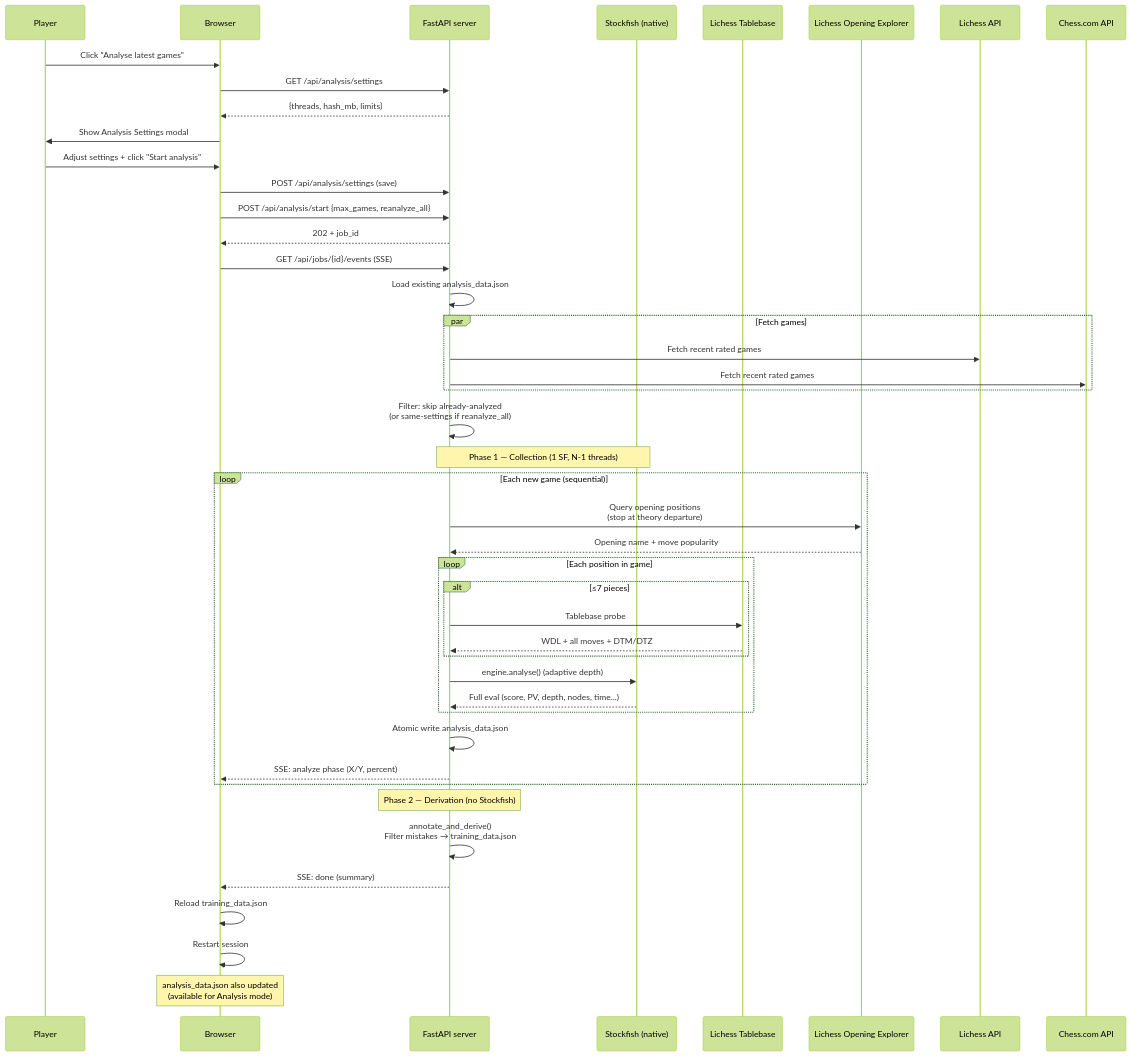
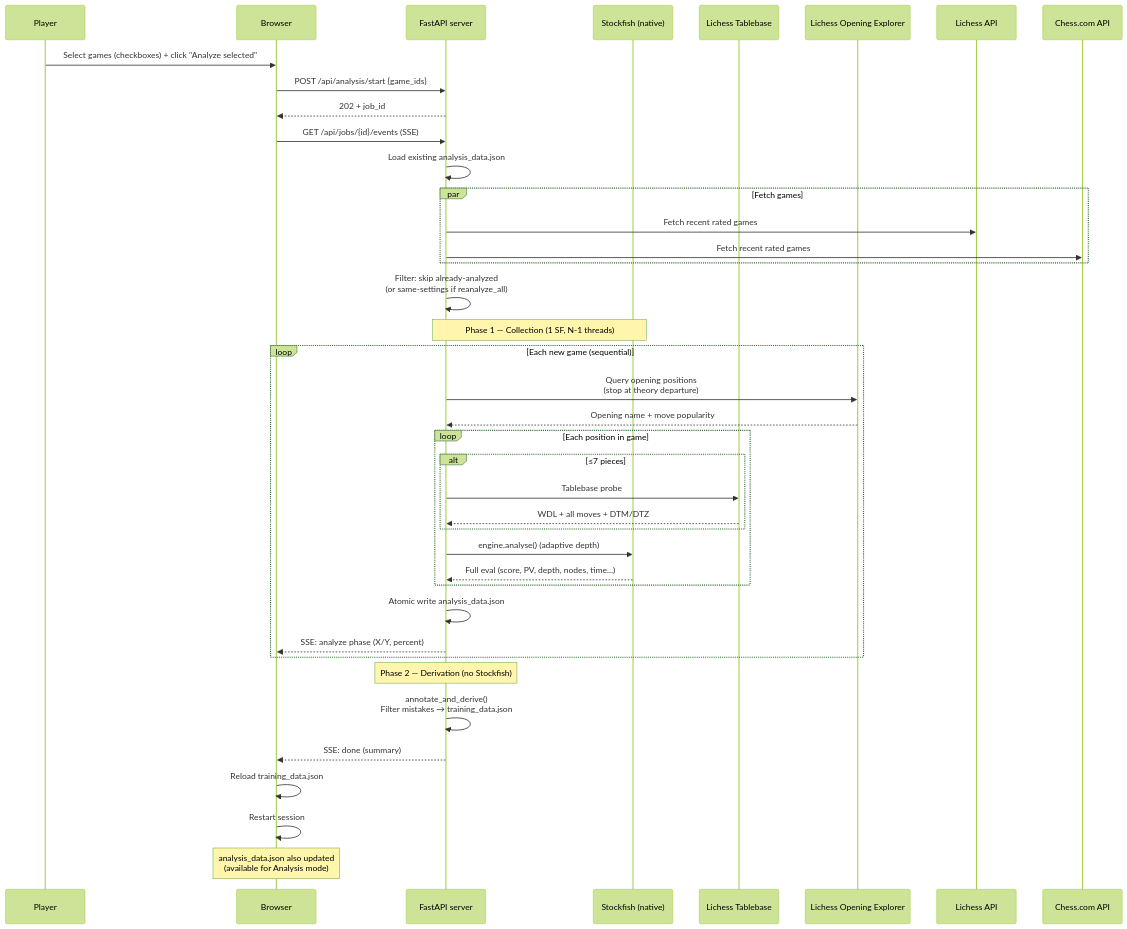
One commit to Bobain/chess-opening-prep changed the third of 5 diagrams in docs/flows/user-flows.md. Above: the diagram before and after it, drawn with Mermaid (forest theme). The commit also changed other lines of this file and 4 other files, not shown here.

````diff
--- a/docs/flows/user-flows.md
+++ b/docs/flows/user-flows.md
@@ -102,58 +102,52 @@
 ```mermaid
 sequenceDiagram
     participant U as Player
     participant PWA as Browser
     participant API as FastAPI server
     participant SF as Stockfish (native)
     participant TB as Lichess Tablebase
     participant OE as Lichess Opening Explorer
     participant L as Lichess API
     participant C as Chess.com API
 
-    U->>PWA: Click "Analyse latest games"
-    PWA->>API: GET /api/analysis/settings
-    API-->>PWA: {threads, hash_mb, limits}
-    PWA->>U: Show Analysis Settings modal
-
-    U->>PWA: Adjust settings + click "Start analysis"
-    PWA->>API: POST /api/analysis/settings (save)
-    PWA->>API: POST /api/analysis/start {max_games, reanalyze_all}
+    U->>PWA: Select games (checkboxes) + click "Analyze selected"
+    PWA->>API: POST /api/analysis/start {game_ids}
     API-->>PWA: 202 + job_id
     PWA->>API: GET /api/jobs/{id}/events (SSE)
 
     API->>API: Load existing analysis_data.json
 
     par Fetch games
         API->>L: Fetch recent rated games
         API->>C: Fetch recent rated games
     end
 
     API->>API: Filter: skip already-analyzed<br/>(or same-settings if reanalyze_all)
 
     Note over API,SF: Phase 1 — Collection (1 SF, N-1 threads)
 
     loop Each new game (sequential)
         API->>OE: Query opening positions<br/>(stop at theory departure)
         OE-->>API: Opening name + move popularity
 
         loop Each position in game
             alt ≤7 pieces
                 API->>TB: Tablebase probe
                 TB-->>API: WDL + all moves + DTM/DTZ
             end
             API->>SF: engine.analyse() (adaptive depth)
             SF-->>API: Full eval (score, PV, depth, nodes, time...)
         end
 
         API->>API: Atomic write analysis_data.json
         API-->>PWA: SSE: analyze phase (X/Y, percent)
     end
 
     Note over API: Phase 2 — Derivation (no Stockfish)
     API->>API: annotate_and_derive()<br/>Filter mistakes → training_data.json
 
     API-->>PWA: SSE: done (summary)
     PWA->>PWA: Reload training_data.json
     PWA->>PWA: Restart session
     Note over PWA: analysis_data.json also updated<br/>(available for Analysis mode)
 ```
````
